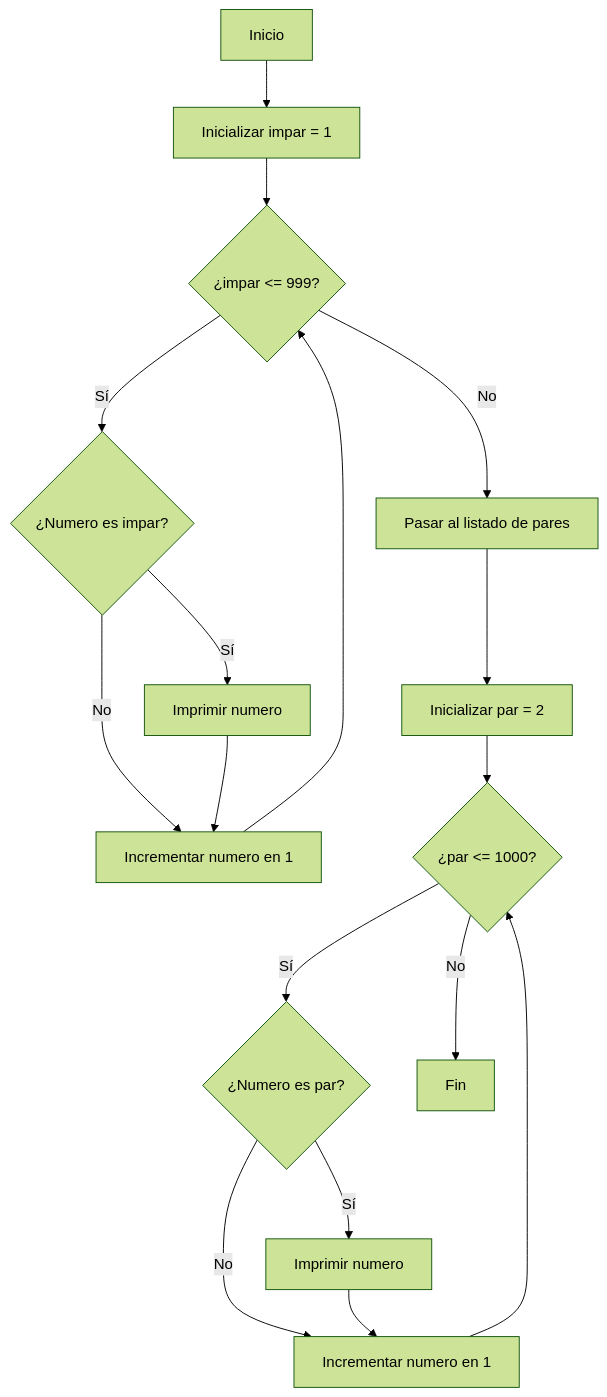
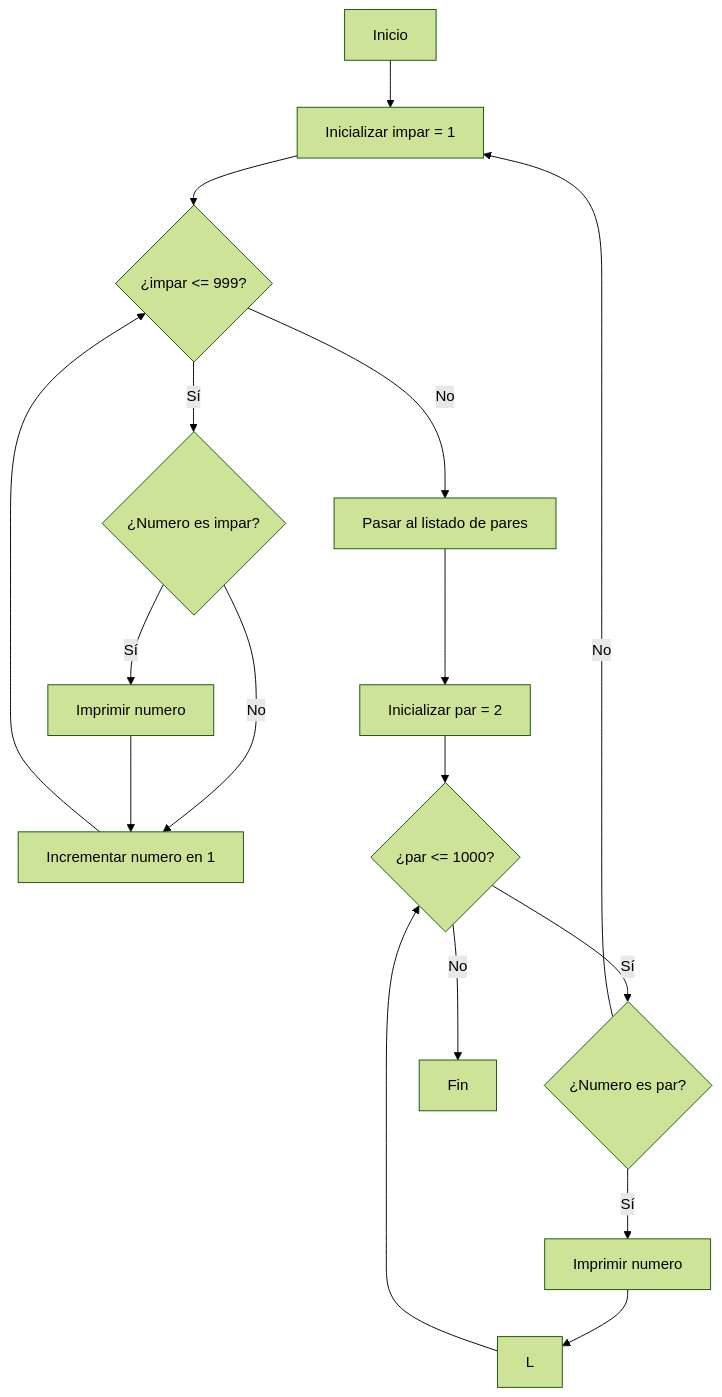
The second of 2 diagrams in README.md (jmarciales/Reto-N6), drawn with Mermaid (forest theme) before and after one commit. The commit also changed other lines of this file, not shown here.

````diff
--- a/README.md
+++ b/README.md
@@ -16,19 +16,19 @@
 ```mermaid
 graph TD
     A[Inicio] --> B[Inicializar impar = 1]
     B --> C{¿impar <= 999?}
     C -->|Sí| D{¿Numero es impar?}
     D -->|Sí| E[Imprimir numero]
     D -->|No| F[Incrementar numero en 1]
     E --> F
     F --> C
     C -->|No| G[Pasar al listado de pares]
     G --> H[Inicializar par = 2]
     H --> I{¿par <= 1000?}
     I -->|Sí| J{¿Numero es par?}
     J -->|Sí| K[Imprimir numero]
-    J -->|No| L[Incrementar numero en 1]
+    J -->|No| B[Inicializar impar = 1]
     K --> L
     L --> I
     I -->|No| M[Fin]
 ```
````
